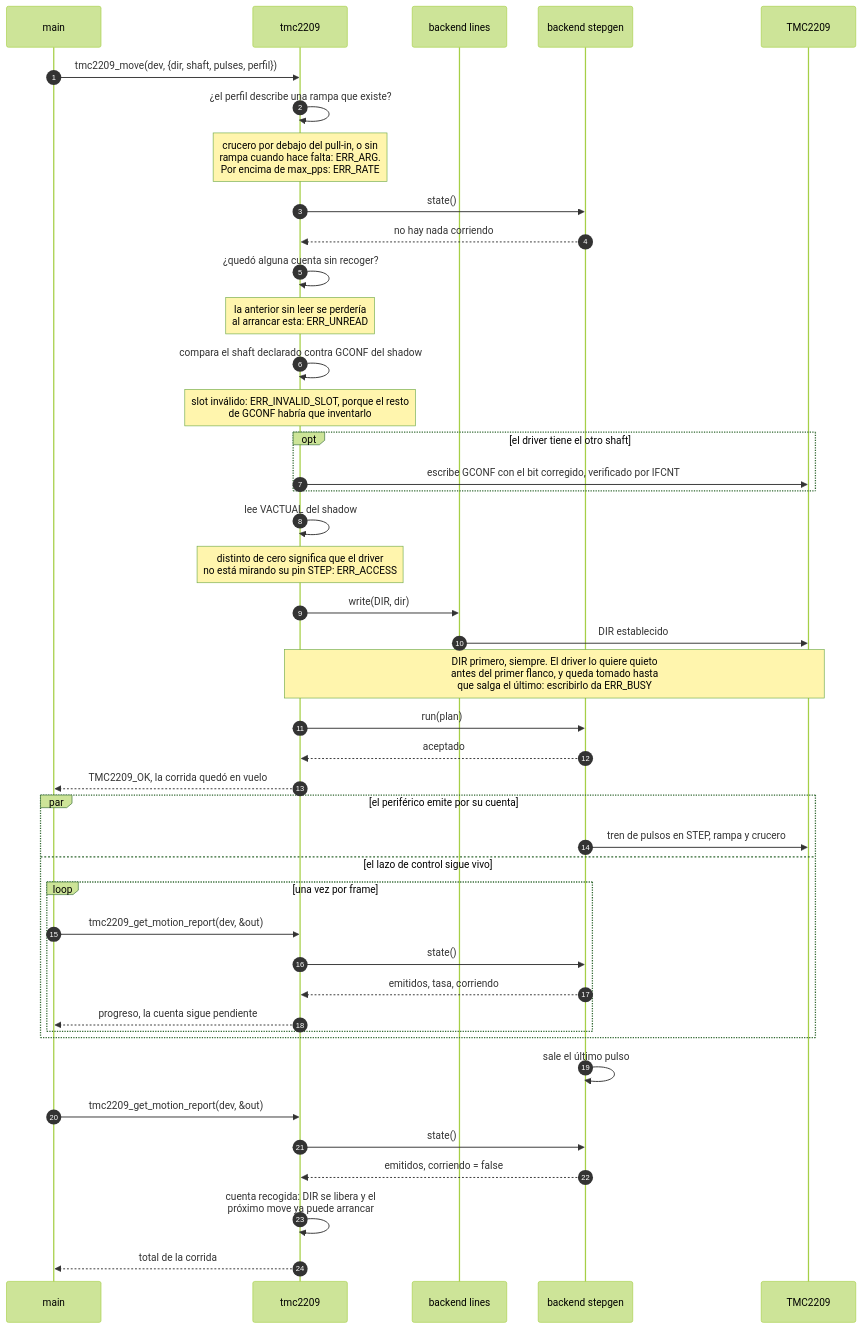
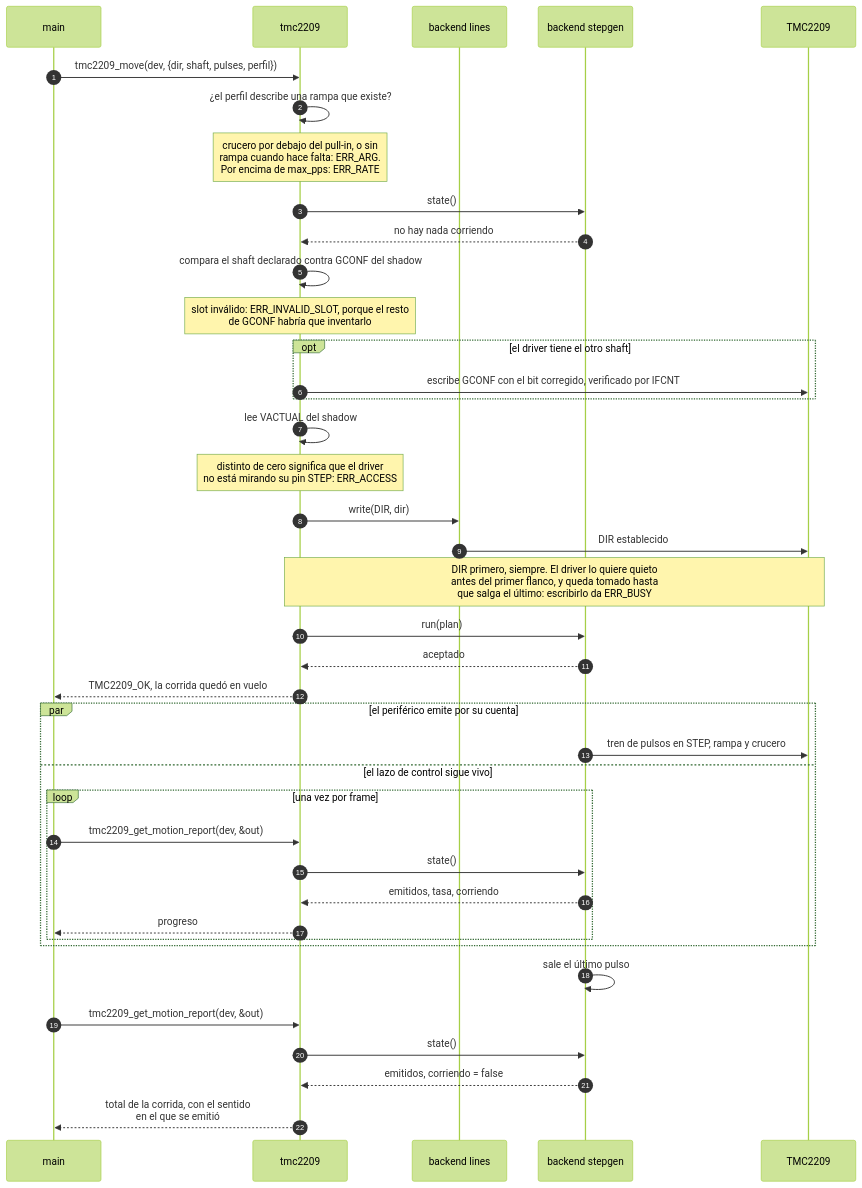
The fourth of 5 diagrams in firmware/docs/README.md (stefaema/STEF), drawn with Mermaid (forest theme) before and after one commit. The commit also changed other lines of this file and 20 other files, not shown here.

````diff
--- a/firmware/docs/README.md
+++ b/firmware/docs/README.md
@@ -243,49 +243,46 @@
 ```mermaid
 sequenceDiagram
     autonumber
     participant App as main
     participant Lib as tmc2209
     participant Pins as backend lines
     participant Gen as backend stepgen
     participant Drv as TMC2209
 
     App->>Lib: tmc2209_move(dev, {dir, shaft, pulses, perfil})
     Lib->>Lib: ¿el perfil describe una rampa que existe?
     Note over Lib: crucero por debajo del pull-in, o sin<br/>rampa cuando hace falta: ERR_ARG.<br/>Por encima de max_pps: ERR_RATE
     Lib->>Gen: state()
     Gen-->>Lib: no hay nada corriendo
-    Lib->>Lib: ¿quedó alguna cuenta sin recoger?
-    Note over Lib: la anterior sin leer se perdería<br/>al arrancar esta: ERR_UNREAD
     Lib->>Lib: compara el shaft declarado contra GCONF del shadow
     Note over Lib: slot inválido: ERR_INVALID_SLOT, porque el resto<br/>de GCONF habría que inventarlo
     opt el driver tiene el otro shaft
         Lib->>Drv: escribe GCONF con el bit corregido, verificado por IFCNT
     end
     Lib->>Lib: lee VACTUAL del shadow
     Note over Lib: distinto de cero significa que el driver<br/>no está mirando su pin STEP: ERR_ACCESS
 
     Lib->>Pins: write(DIR, dir)
     Pins->>Drv: DIR establecido
     Note over Lib,Drv: DIR primero, siempre. El driver lo quiere quieto<br/>antes del primer flanco, y queda tomado hasta<br/>que salga el último: escribirlo da ERR_BUSY
     Lib->>Gen: run(plan)
     Gen-->>Lib: aceptado
     Lib-->>App: TMC2209_OK, la corrida quedó en vuelo
 
     par el periférico emite por su cuenta
         Gen->>Drv: tren de pulsos en STEP, rampa y crucero
     and el lazo de control sigue vivo
         loop una vez por frame
             App->>Lib: tmc2209_get_motion_report(dev, &out)
             Lib->>Gen: state()
             Gen-->>Lib: emitidos, tasa, corriendo
-            Lib-->>App: progreso, la cuenta sigue pendiente
+            Lib-->>App: progreso
         end
     end
 
     Gen->>Gen: sale el último pulso
     App->>Lib: tmc2209_get_motion_report(dev, &out)
     Lib->>Gen: state()
     Gen-->>Lib: emitidos, corriendo = false
-    Lib->>Lib: cuenta recogida: DIR se libera y el<br/>próximo move ya puede arrancar
-    Lib-->>App: total de la corrida
+    Lib-->>App: total de la corrida, con el sentido<br/>en el que se emitió
 ```
````
